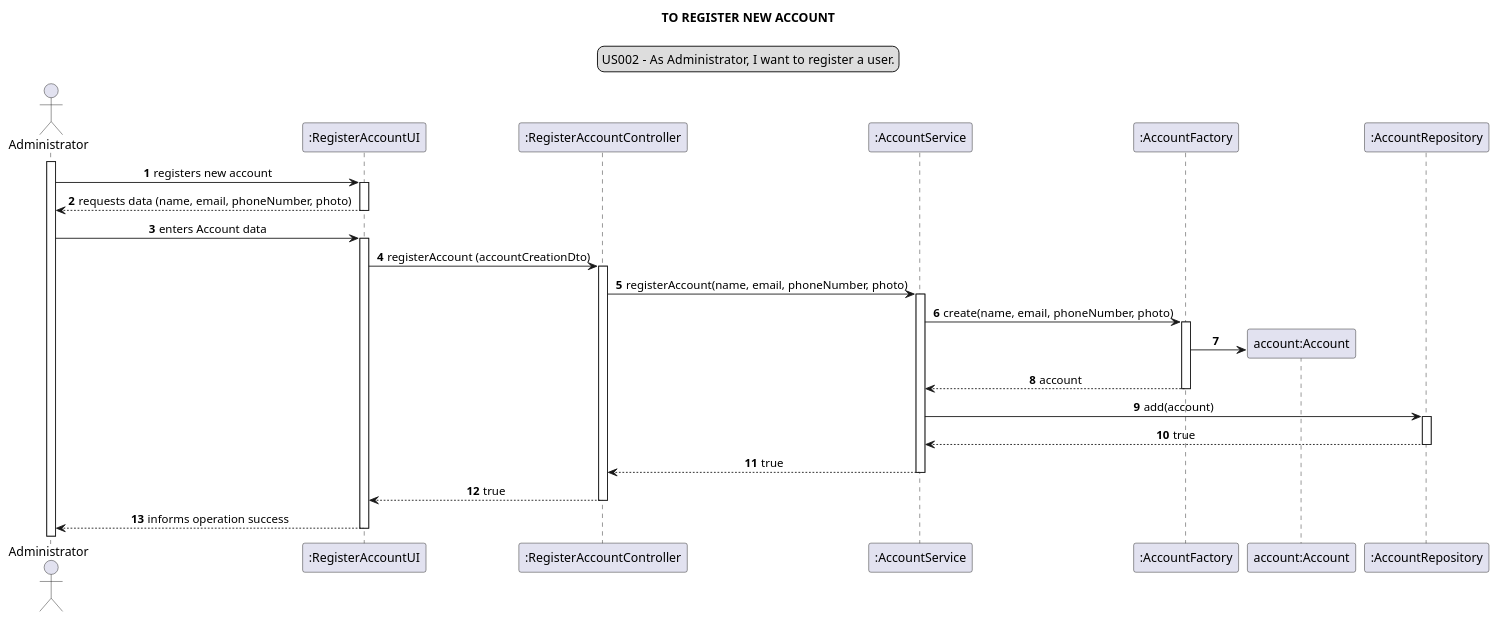
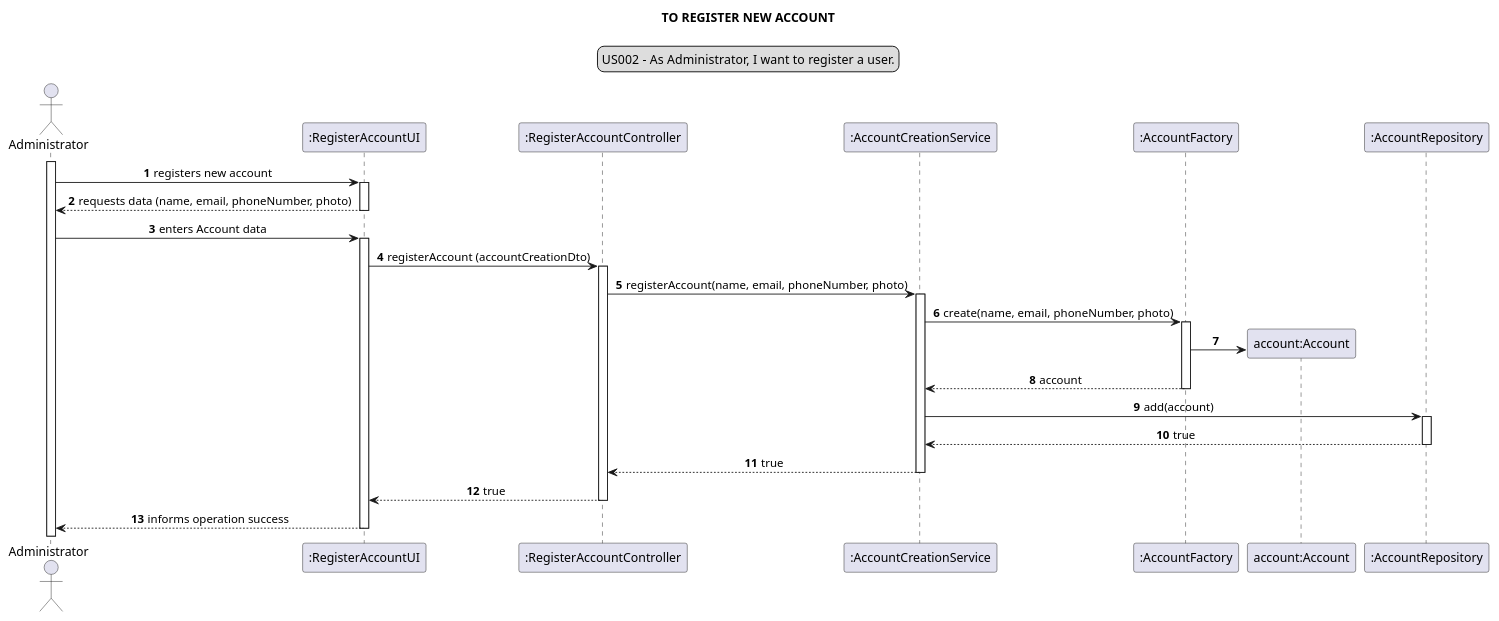
Before and after one commit to Loracline/project_switch_22-23: the diagram in docs/modelling_design/user_stories/sprint01/us002/US002_sequenceDiagram.puml, drawn with PlantUML. The commit also changed 2 other files, not shown here.

Commit message:
US02,4-6: Design: update of sequence diagrams. addresses #457

```diff
--- a/docs/modelling_design/user_stories/sprint01/us002/US002_sequenceDiagram.puml
+++ b/docs/modelling_design/user_stories/sprint01/us002/US002_sequenceDiagram.puml
@@ -1,44 +1,44 @@
 @startuml
 skinparam sequenceMessageAlign center
 title TO REGISTER NEW ACCOUNT
 legend top
 US002 - As Administrator, I want to register a user.
 end legend
 autonumber
 actor "Administrator" as administrator
 participant ":RegisterAccountUI" as ui
 participant ":RegisterAccountController" as ct
-participant ":AccountService" as service
+participant ":AccountCreationService" as service
 participant ":AccountFactory" as factory
 participant "account:Account" as ac
 participant ":AccountRepository" as repository
 
 activate administrator
 administrator -> ui: registers new account
 activate ui
 ui --> administrator: requests data (name, email, phoneNumber, photo)
 deactivate ui
 administrator -> ui: enters Account data
 activate ui
 ui -> ct: registerAccount (accountCreationDto)
 activate ct
 ct -> service: registerAccount(name, email, phoneNumber, photo)
 activate service
 service -> factory: create(name, email, phoneNumber, photo)
 create ac
 activate factory
 factory -> ac
 factory --> service: account
 deactivate factory
 service -> repository: add(account)
 activate repository
 repository --> service: true
 deactivate repository
 service --> ct: true
 deactivate service
 deactivate ac
 ct --> ui: true
 deactivate ct
 ui--> administrator: informs operation success
 deactivate ui
 @enduml
```
